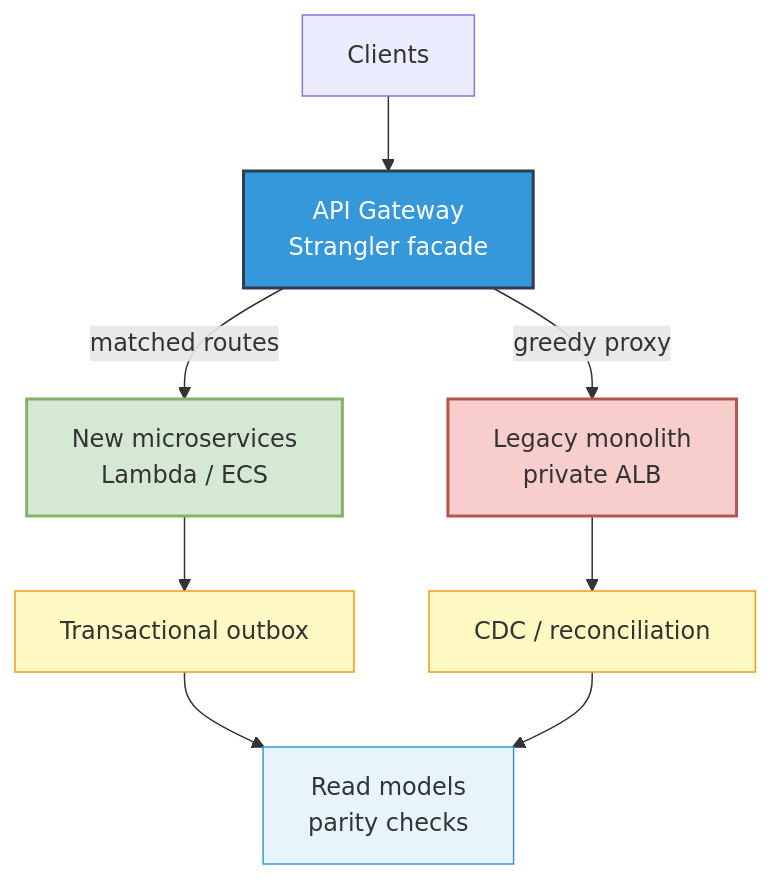
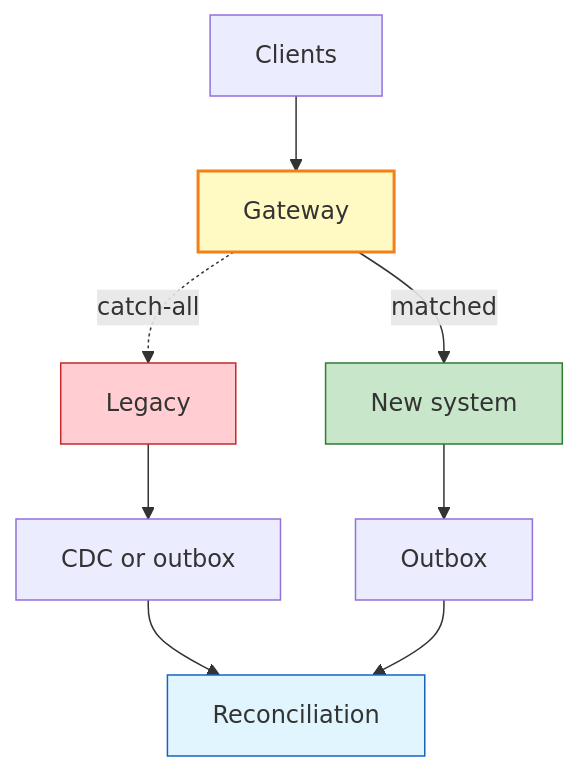
One commit to vaquarkhan/microservices-recipes-a-free-gitbook changed the diagram in assets/images/diagrams/strangler-data-plane.mmd. Above: the diagram before and after it, drawn with Mermaid. The commit also changed 151 other files, not shown here.

```diff
--- a/assets/images/diagrams/strangler-data-plane.mmd
+++ b/assets/images/diagrams/strangler-data-plane.mmd
@@ -1,23 +1,14 @@
 flowchart TB
-    C["Clients"]
-    GW["API Gateway<br/>Strangler facade"]
-    NEW["New microservices<br/>Lambda / ECS"]
-    LEG["Legacy monolith<br/>private ALB"]
-    OUT["Transactional outbox"]
-    CDC["CDC / reconciliation"]
-    RM["Read models<br/>parity checks"]
+    C[Clients] --> G[Gateway]
+    G -->|matched| N[New system]
+    G -.->|catch-all| L[Legacy]
 
-    C --> GW
-    GW -->|matched routes| NEW
-    GW -->|greedy proxy| LEG
-    NEW --> OUT
-    LEG --> CDC
-    OUT --> RM
-    CDC --> RM
+    L --> CDC[CDC or outbox]
+    N --> OUT[Outbox]
+    CDC --> SYNC[Reconciliation]
+    OUT --> SYNC
 
-    style GW fill:#3498db,stroke:#2c3e50,color:#fff,stroke-width:2px
-    style NEW fill:#d5e8d4,stroke:#82b366,stroke-width:2px
-    style LEG fill:#f8cecc,stroke:#b85450,stroke-width:2px
-    style OUT fill:#fff9c4,stroke:#f39c12
-    style CDC fill:#fff9c4,stroke:#f39c12
-    style RM fill:#e8f4fc,stroke:#3498db
+    style G fill:#fff9c4,stroke:#f57f17,stroke-width:2px
+    style N fill:#c8e6c9,stroke:#2e7d32
+    style L fill:#ffcdd2,stroke:#c62828
+    style SYNC fill:#e1f5ff,stroke:#1565c0
```
